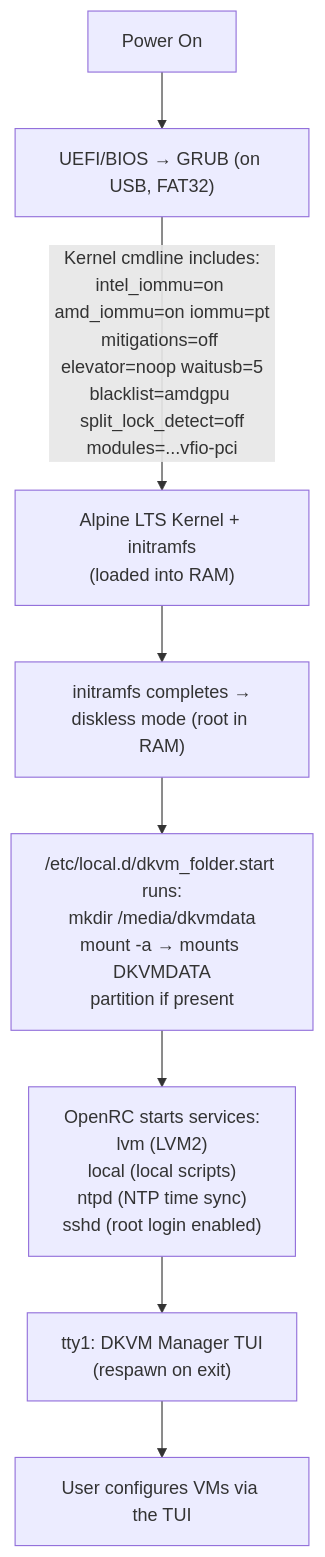
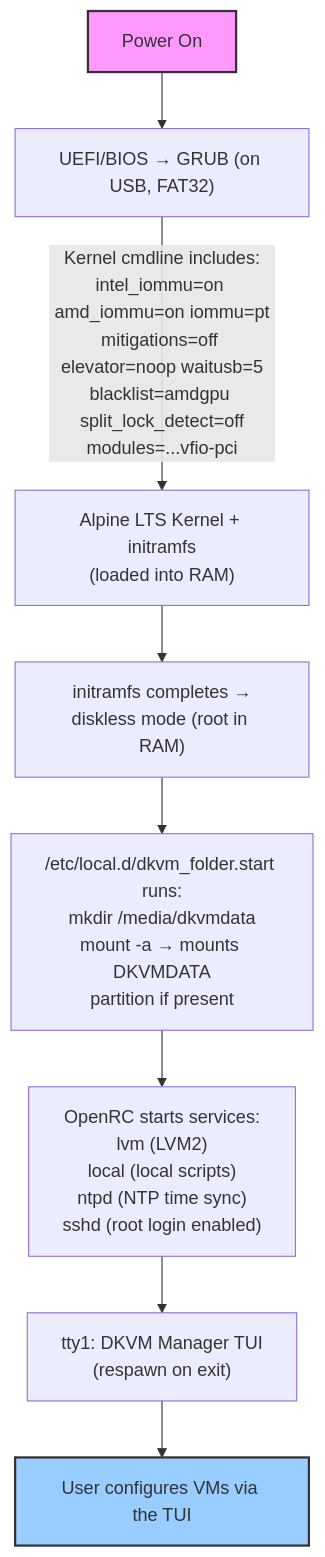
Before and after one commit to glemsom/dkvm: the first of 3 diagrams in docs/contributor/architecture.md, drawn with Mermaid. The commit also changed other lines of this file and 19 other files, not shown here.

````diff
--- a/docs/contributor/architecture.md
+++ b/docs/contributor/architecture.md
@@ -13,19 +13,22 @@
 ```mermaid
 flowchart TD
     USB["Power On"]
     GRUB["UEFI/BIOS → GRUB (on USB, FAT32)"]
     KERNEL["Alpine LTS Kernel + initramfs<br/>(loaded into RAM)"]
     DISKLESS["initramfs completes →<br/>diskless mode (root in RAM)"]
     START["/etc/local.d/dkvm_folder.start runs:<br/>mkdir /media/dkvmdata<br/>mount -a → mounts DKVMDATA<br/>partition if present"]
     SERVICES["OpenRC starts services:<br/>lvm (LVM2)<br/>local (local scripts)<br/>ntpd (NTP time sync)<br/>sshd (root login enabled)"]
     TUI["tty1: DKVM Manager TUI<br/>(respawn on exit)"]
     USER["User configures VMs via the TUI"]
 
+    style USB fill:#f9f,stroke:#333,stroke-width:2px
+    style USER fill:#9cf,stroke:#333,stroke-width:2px
+
     USB --> GRUB
     GRUB -->|"Kernel cmdline includes:<br/>intel_iommu=on amd_iommu=on iommu=pt<br/>mitigations=off elevator=noop waitusb=5<br/>blacklist=amdgpu split_lock_detect=off<br/>modules=...vfio-pci"| KERNEL
     KERNEL --> DISKLESS
     DISKLESS --> START
     START --> SERVICES
     SERVICES --> TUI
     TUI --> USER
 ```
````
